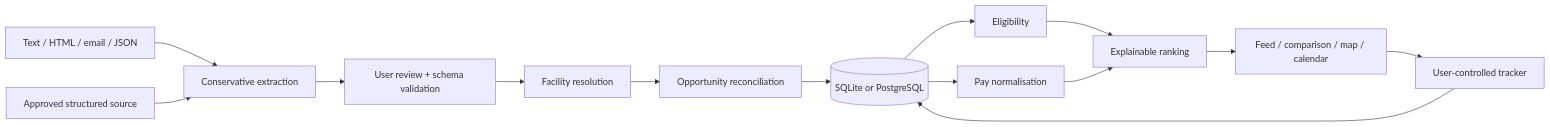
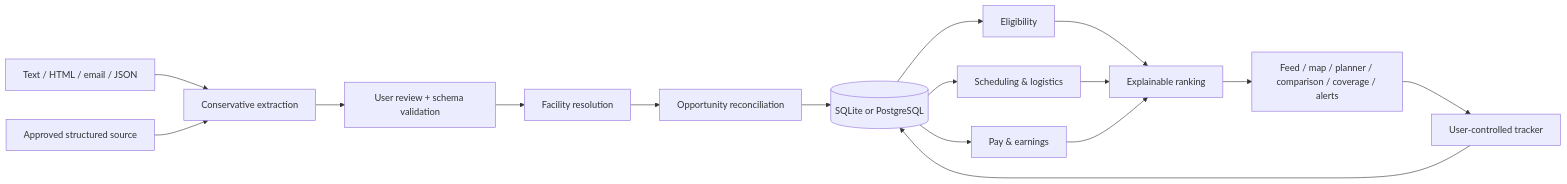
Before and after one commit to Themoojuice/Locum_radar: the diagram in docs/architecture.md, drawn with Mermaid. The commit also changed other lines of this file and 10 other files, not shown here.

First line of the commit message:
Document v0.2: status against the spec, architecture, sources and screenshots

````diff
--- a/docs/architecture.md
+++ b/docs/architecture.md
@@ -5,16 +5,18 @@
 ```mermaid
 flowchart LR
   A[Text / HTML / email / JSON] --> B[Conservative extraction]
   C[Approved structured source] --> B
   B --> D[User review + schema validation]
   D --> E[Facility resolution]
   E --> F[Opportunity reconciliation]
   F --> G[(SQLite or PostgreSQL)]
   G --> H[Eligibility]
-  G --> I[Pay normalisation]
+  G --> S[Scheduling & logistics]
+  G --> I[Pay & earnings]
   H --> J[Explainable ranking]
+  S --> J
   I --> J
-  J --> K[Feed / comparison / map / calendar]
+  J --> K[Feed / map / planner / comparison / coverage / alerts]
   K --> L[User-controlled tracker]
   L --> G
 ```
````
